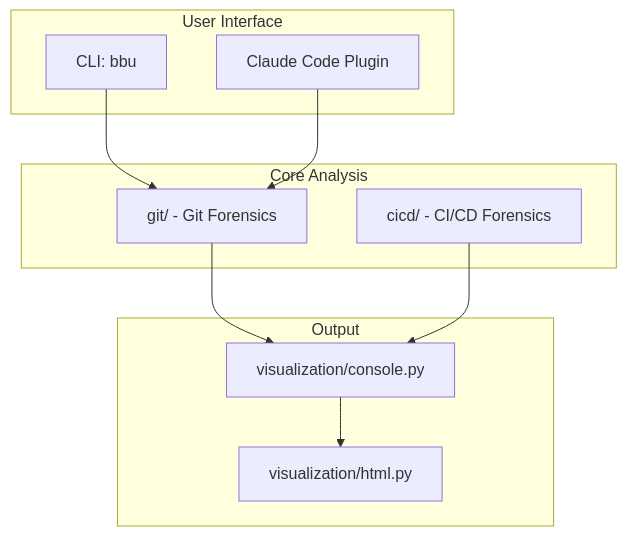
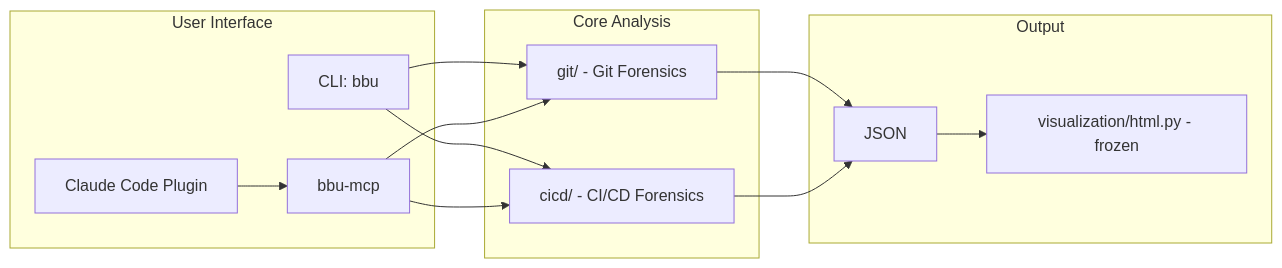
The diagram in CLAUDE.md (michael-denyer/black-box-unlock), drawn with Mermaid before and after one commit. The commit also changed other lines of this file and 4 other files, not shown here.

First line of the commit message:
docs: describe the architecture that exists, correct signal formulas

````diff
--- a/CLAUDE.md
+++ b/CLAUDE.md
@@ -13,23 +13,27 @@
 ```mermaid
-flowchart TD
+flowchart LR
     subgraph Interface["User Interface"]
         CLI[CLI: bbu]
+        MCP[bbu-mcp]
         Plugin[Claude Code Plugin]
     end
 
     subgraph Core["Core Analysis"]
         GIT[git/ - Git Forensics]
         CICD[cicd/ - CI/CD Forensics]
     end
 
     subgraph Output["Output"]
-        Console[visualization/console.py]
-        HTML[visualization/html.py]
+        JSON[JSON]
+        HTML[visualization/html.py - frozen]
     end
 
     CLI --> GIT
-    Plugin --> GIT
-    GIT --> Console
-    CICD --> Console
-    Console --> HTML
+    CLI --> CICD
+    MCP --> GIT
+    MCP --> CICD
+    Plugin --> MCP
+    GIT --> JSON
+    CICD --> JSON
+    JSON --> HTML
 ```
````
